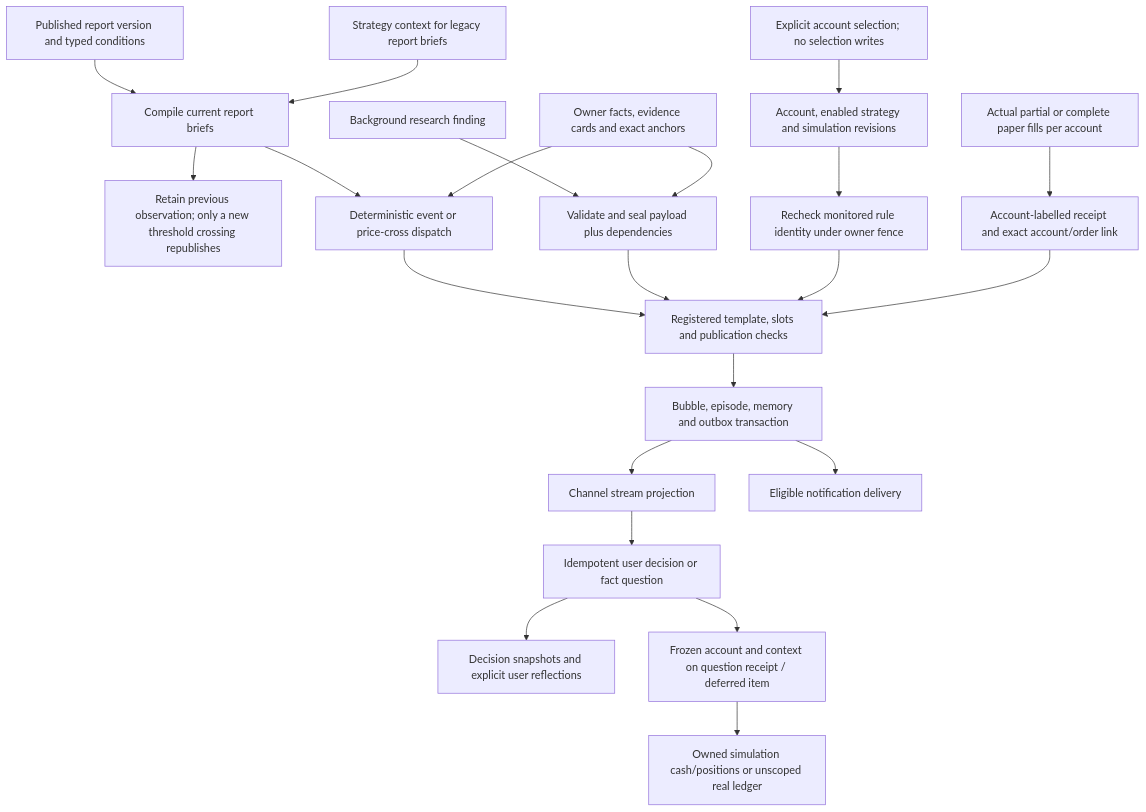
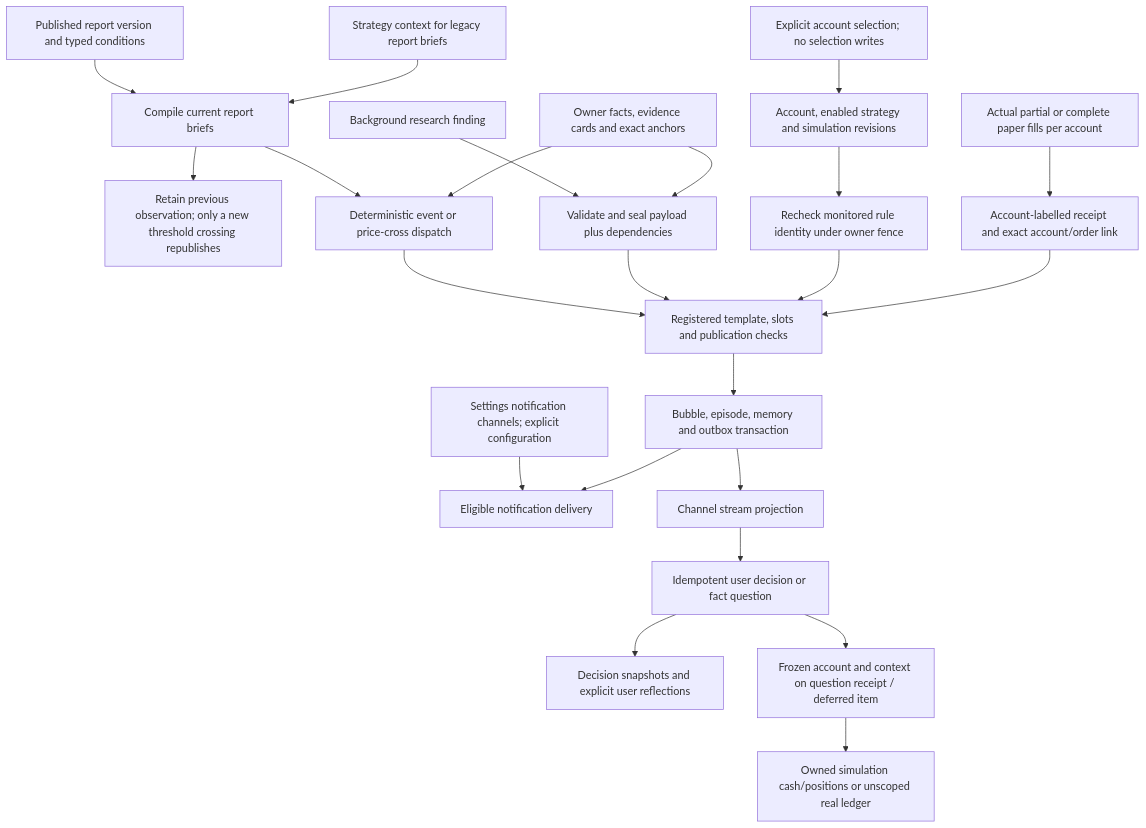
Before and after one commit to Lueyu/squabble: the fourth of 5 diagrams in docs/architecture.md, drawn with Mermaid. The commit also changed other lines of this file and 155 other files, not shown here.

````diff
--- a/docs/architecture.md
+++ b/docs/architecture.md
@@ -180,24 +220,25 @@
 ```mermaid
 flowchart TD
     report["Published report version and typed conditions"] --> brief["Compile current report briefs"]
     strategyChange["Strategy context for legacy report briefs"] --> brief
     select["Explicit account selection; no selection writes"] --> runtime
     brief --> crossings["Retain previous observation; only a new threshold crossing republishes"]
     brief --> event["Deterministic event or price-cross dispatch"]
     change["Background research finding"] --> seal["Validate and seal payload plus dependencies"]
     facts["Owner facts, evidence cards and exact anchors"] --> event
     facts --> seal
     event --> gate["Registered template, slots and publication checks"]
     seal --> gate
     runtime["Account, enabled strategy and simulation revisions"] --> authority["Recheck monitored rule identity under owner fence"]
     authority --> gate
     fills["Actual partial or complete paper fills per account"] --> receipt["Account-labelled receipt and exact account/order link"]
+    notificationSettings["Settings notification channels; explicit configuration"] --> notification
     receipt --> gate
     gate --> transaction["Bubble, episode, memory and outbox transaction"]
     transaction --> stream["Channel stream projection"]
     transaction --> notification["Eligible notification delivery"]
     stream --> action["Idempotent user decision or fact question"]
     action --> history["Decision snapshots and explicit user reflections"]
     action --> question["Frozen account and context on question receipt / deferred item"]
     question --> ledgerRead["Owned simulation cash/positions or unscoped real ledger"]
 ```
````
